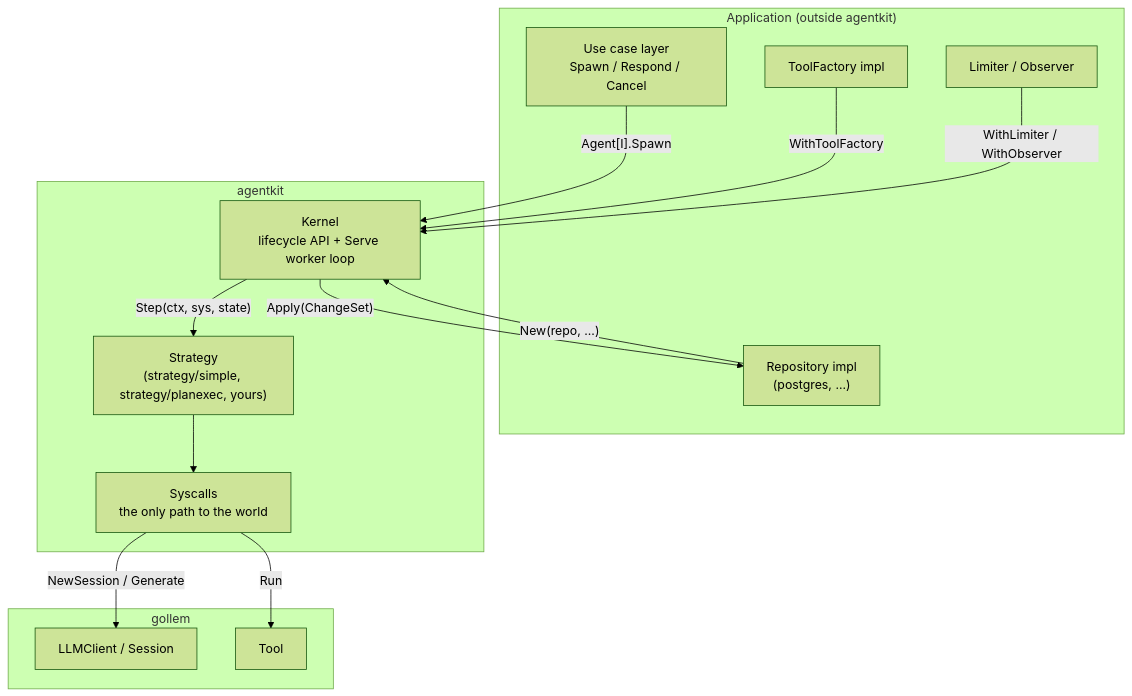
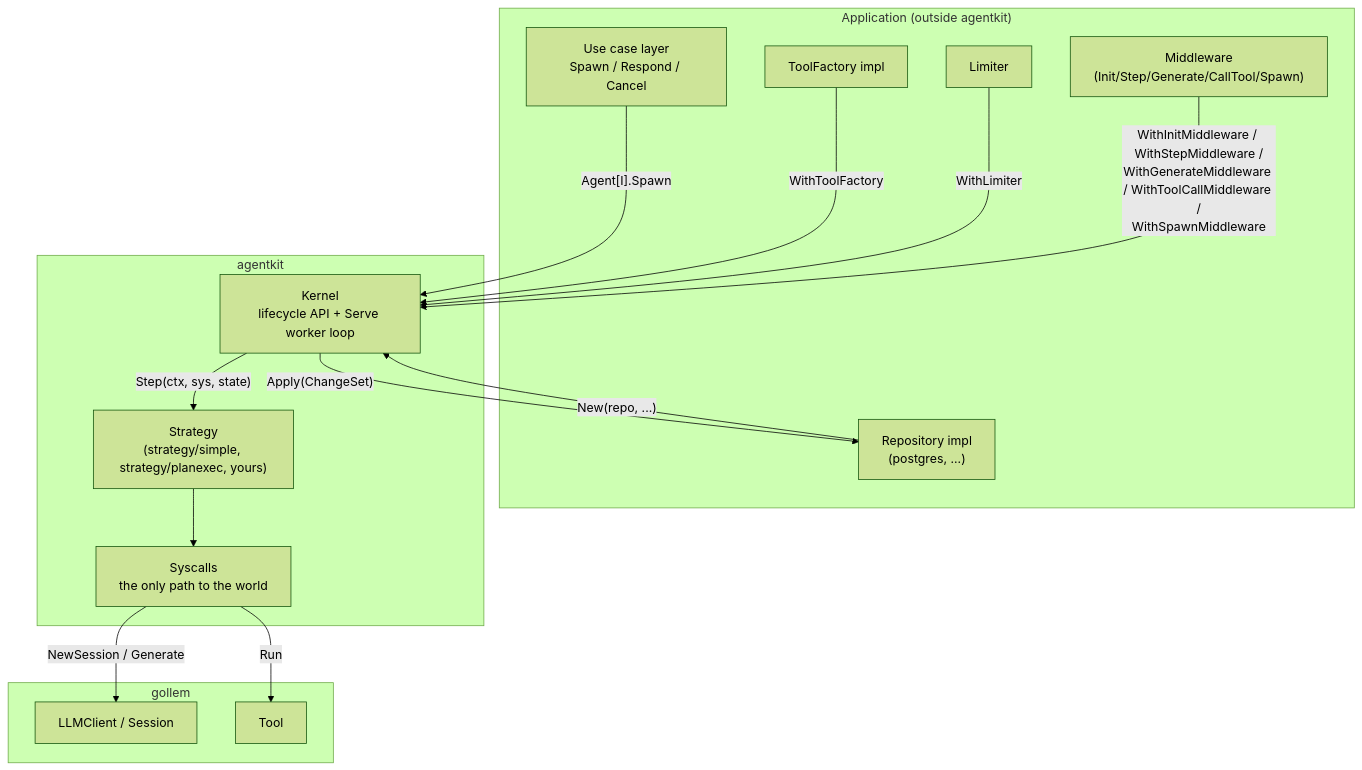
The first of 2 diagrams in docs/design/architecture.md (gollem-dev/agentkit), drawn with Mermaid (forest theme) before and after one commit. The commit also changed other lines of this file and 24 other files, not shown here.

Commit message:
feat: replace Observer with next-chain middleware on five kernel hooks (#6)

````diff
--- a/docs/design/architecture.md
+++ b/docs/design/architecture.md
@@ -8,28 +8,30 @@
 ```mermaid
 graph TB
   subgraph app["Application (outside agentkit)"]
     UC["Use case layer<br/>Spawn / Respond / Cancel"]
     RP["Repository impl<br/>(postgres, ...)"]
     TF["ToolFactory impl"]
-    LM["Limiter / Observer"]
+    LM["Limiter"]
+    MW["Middleware<br/>(Init/Step/Generate/CallTool/Spawn)"]
   end
   subgraph ak["agentkit"]
     K["Kernel<br/>lifecycle API + Serve worker loop"]
     SC["Syscalls<br/>the only path to the world"]
     SG["Strategy<br/>(strategy/simple, strategy/planexec, yours)"]
   end
   subgraph gollem["gollem"]
     LC["LLMClient / Session"]
     GT["Tool"]
   end
 
   UC -->|"Agent[I].Spawn"| K
   RP -->|"New(repo, ...)"| K
   TF -->|WithToolFactory| K
-  LM -->|WithLimiter / WithObserver| K
+  LM -->|WithLimiter| K
+  MW -->|"WithInitMiddleware / WithStepMiddleware /<br/>WithGenerateMiddleware / WithToolCallMiddleware /<br/>WithSpawnMiddleware"| K
   K -->|"Step(ctx, sys, state)"| SG
   SG --> SC
   SC -->|NewSession / Generate| LC
   SC -->|Run| GT
   K -->|"Apply(ChangeSet)"| RP
 ```
````
